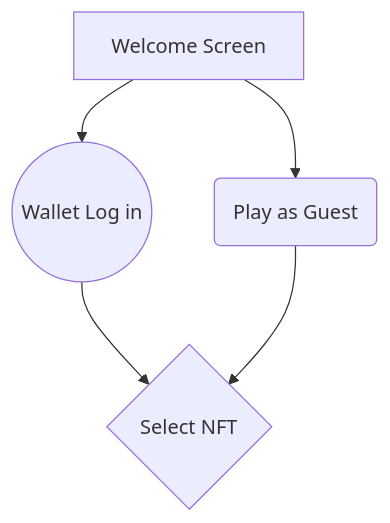
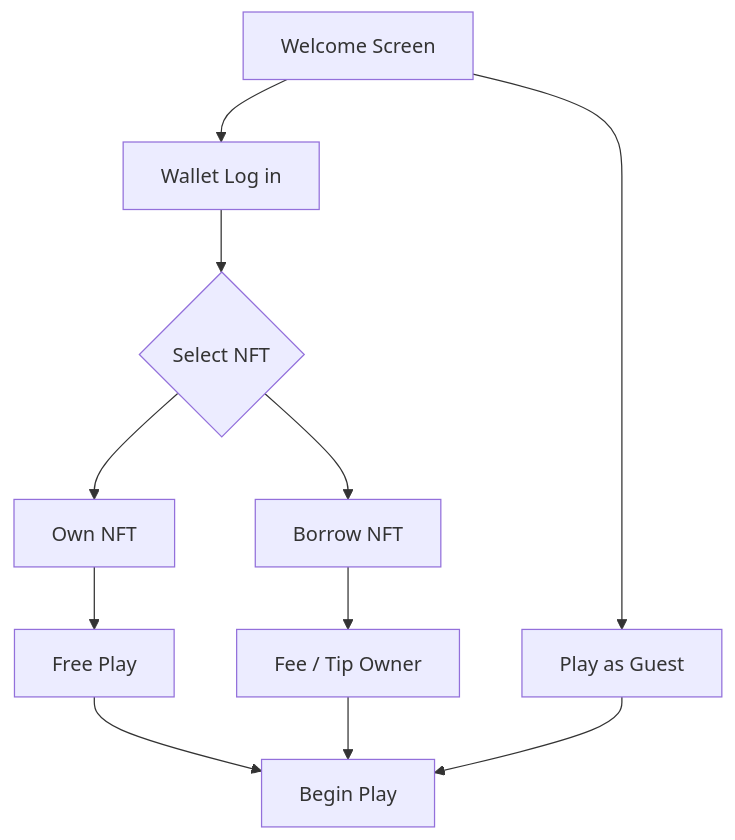
One commit to OnChainSurvivor/OnChainSurvivor changed the second of 2 diagrams in README.md. Above: the diagram before and after it, drawn with Mermaid.

Commit message:
Fixed Graph

````diff
--- a/README.md
+++ b/README.md
@@ -101,7 +101,13 @@
-```mermaid
-graph TD
-A[Welcome Screen] --> B((Wallet Log in))
-A --> C(Play as Guest)
+  ```mermaid
+  graph TD
+A[Welcome Screen] --> B[Wallet Log in]
+A --> C[Play as Guest]
 B --> D{Select NFT}
-C --> D
+D --> E[Own NFT]
+D --> F[Borrow NFT]
+E --> G[Free Play]
+F --> H[Fee / Tip Owner]
+G --> I[Begin Play]
+H --> I
+C --> I
 ```
````
